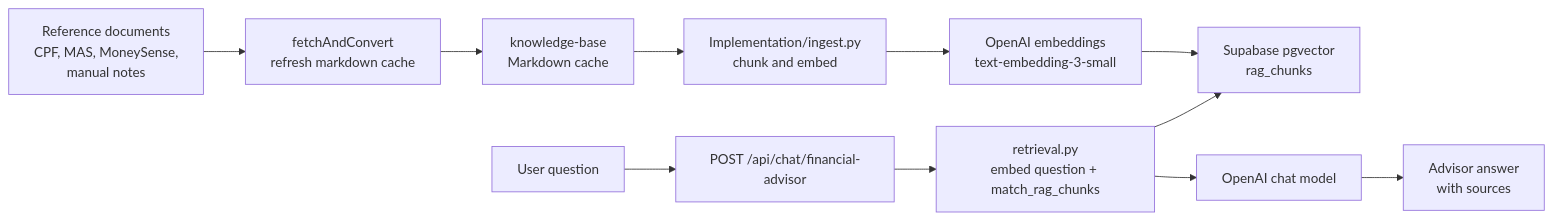
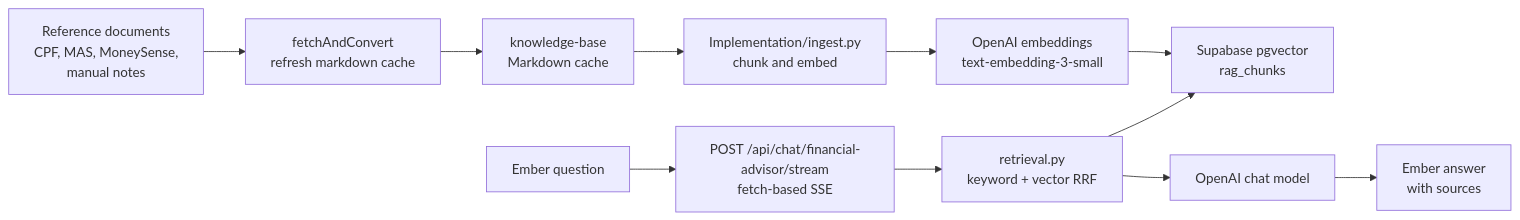
The third of 6 diagrams in README.md (YongHui-X/fireBuddy), drawn with Mermaid before and after one commit. The commit also changed other lines of this file and 110 other files, not shown here.

````diff
--- a/README.md
+++ b/README.md
@@ -63,14 +63,14 @@
 ```mermaid
 flowchart LR
   docs["Reference documents<br/>CPF, MAS, MoneySense,<br/>manual notes"] --> refresh["fetchAndConvert<br/>refresh markdown cache"]
   refresh --> kb["knowledge-base<br/>Markdown cache"]
   kb --> ingest["Implementation/ingest.py<br/>chunk and embed"]
   ingest --> openaiEmbed["OpenAI embeddings<br/>text-embedding-3-small"]
   openaiEmbed --> ragDb["Supabase pgvector<br/>rag_chunks"]
 
-  userQuestion["User question"] --> advisor["POST /api/chat/financial-advisor"]
-  advisor --> retrieval["retrieval.py<br/>embed question + match_rag_chunks"]
+  userQuestion["Ember question"] --> advisor["POST /api/chat/financial-advisor/stream<br/>fetch-based SSE"]
+  advisor --> retrieval["retrieval.py<br/>keyword + vector RRF"]
   retrieval --> ragDb
   retrieval --> openaiChat["OpenAI chat model"]
-  openaiChat --> answer["Advisor answer<br/>with sources"]
+  openaiChat --> answer["Ember answer<br/>with sources"]
 ```
````
